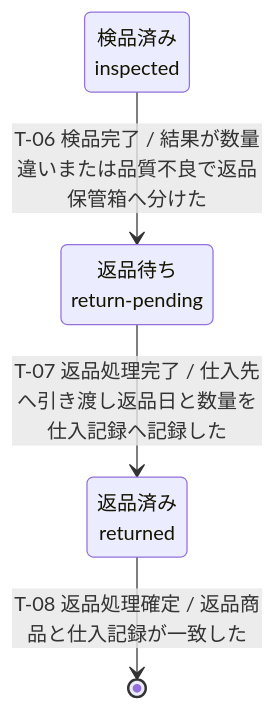
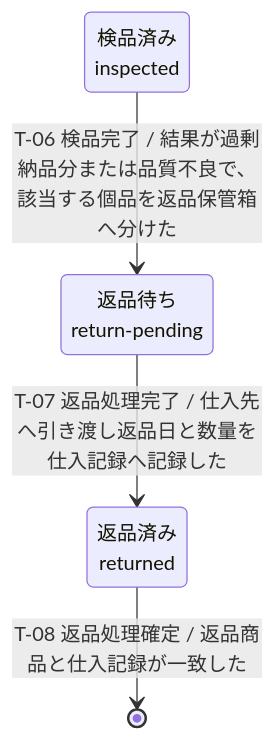
One commit to specdojo/specdojo changed the second of 2 diagrams in docs/ja/specdojo/samples/stsd-sample.md. Above: the diagram before and after it, drawn with Mermaid. The commit also changed other lines of this file and 5 other files, not shown here.

````diff
--- a/docs/ja/specdojo/samples/stsd-sample.md
+++ b/docs/ja/specdojo/samples/stsd-sample.md
@@ -72,9 +71,9 @@
 ```mermaid
 stateDiagram-v2
   state "検品済み<br>inspected" as inspected
   state "返品待ち<br>return-pending" as return_pending
   state "返品済み<br>returned" as returned
-  inspected --> return_pending : T-06 検品完了 / 結果が数量違いまたは品質不良で返品保管箱へ分けた
+  inspected --> return_pending : T-06 検品完了 / 結果が過剰納品分または品質不良で、該当する個品を返品保管箱へ分けた
   return_pending --> returned : T-07 返品処理完了 / 仕入先へ引き渡し返品日と数量を仕入記録へ記録した
   returned --> [*] : T-08 返品処理確定 / 返品商品と仕入記録が一致した
 ```
````
